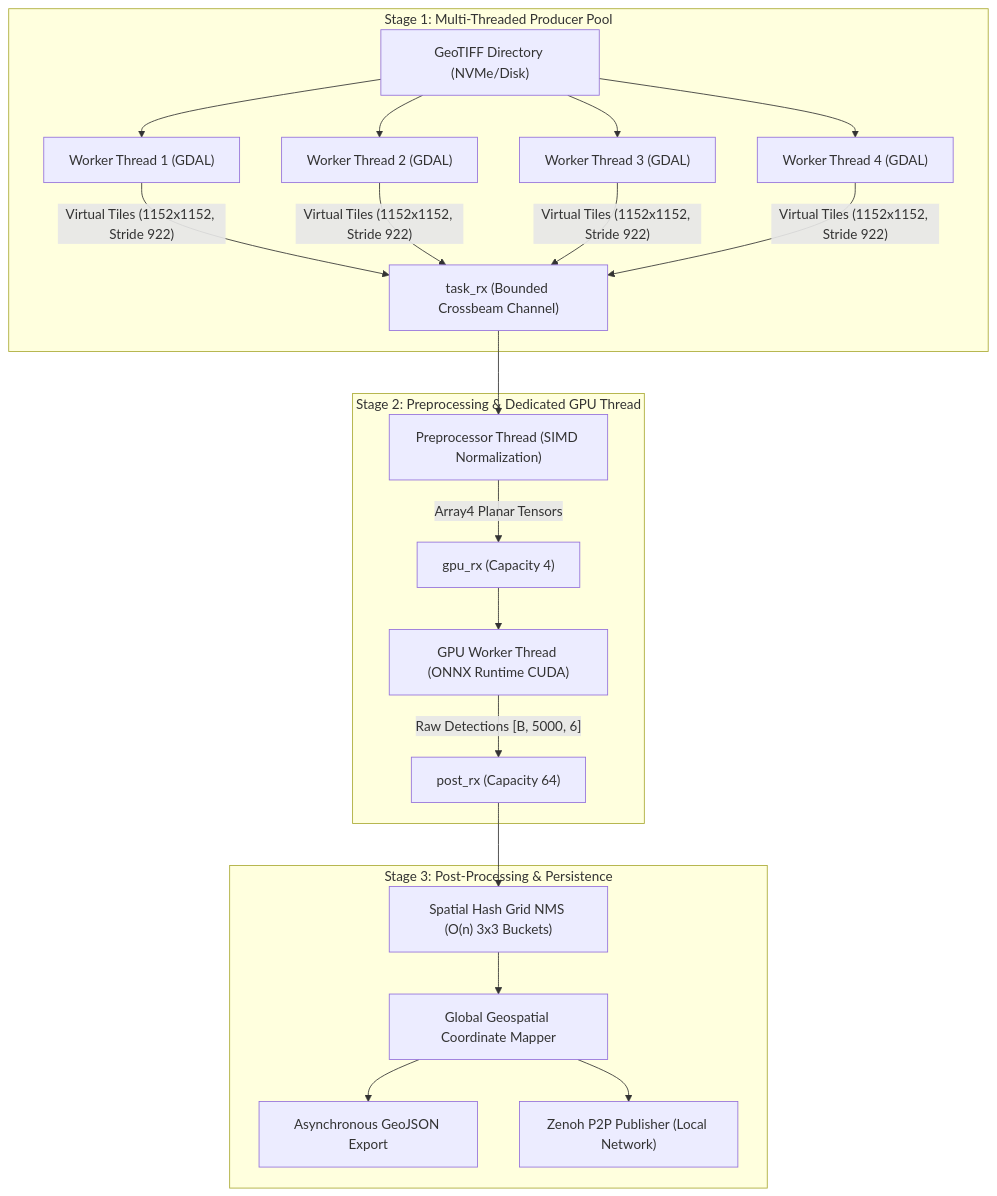
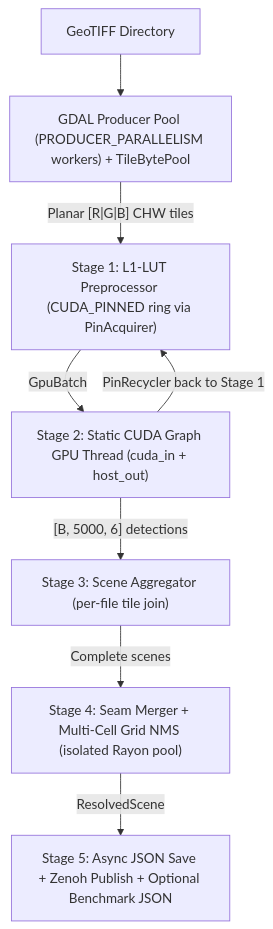
One commit to shatadalsamui/SAMDEF changed the diagram in apps_deploy/detector/README.md. Above: the diagram before and after it, drawn with Mermaid. The commit also changed other lines of this file and 40 other files, not shown here.

````diff
--- a/apps_deploy/detector/README.md
+++ b/apps_deploy/detector/README.md
@@ -52,26 +29,10 @@
 ```mermaid
 flowchart TD
-    subgraph Stage1 ["Stage 1: Multi-Threaded Producer Pool"]
-        DISK["GeoTIFF Directory (NVMe/Disk)"]
-        P1["Worker Thread 1 (GDAL)"]
-        P2["Worker Thread 2 (GDAL)"]
-        P3["Worker Thread 3 (GDAL)"]
-        P4["Worker Thread 4 (GDAL)"]
-        DISK --> P1 & P2 & P3 & P4
-        P1 & P2 & P3 & P4 -->|"Virtual Tiles (1152x1152, Stride 922)"| Q1["task_rx (Bounded Crossbeam Channel)"]
-    end
-
-    subgraph Stage2 ["Stage 2: Preprocessing & Dedicated GPU Thread"]
-        Q1 --> PRE["Preprocessor Thread (SIMD Normalization)"]
-        PRE -->|"Array4<f32> Planar Tensors"| Q2["gpu_rx (Capacity 4)"]
-        Q2 --> GPU["GPU Worker Thread (ONNX Runtime CUDA)"]
-        GPU -->|"Raw Detections [B, 5000, 6]"| Q3["post_rx (Capacity 64)"]
-    end
-
-    subgraph Stage3 ["Stage 3: Post-Processing & Persistence"]
-        Q3 --> NMS["Spatial Hash Grid NMS (O(n) 3x3 Buckets)"]
-        NMS --> COORD["Global Geospatial Coordinate Mapper"]
-        COORD --> OUT1["Asynchronous GeoJSON Export"]
-        COORD --> OUT2["Zenoh P2P Publisher (Local Network)"]
-    end
+    DISK["GeoTIFF Directory"] --> P["GDAL Producer Pool (PRODUCER_PARALLELISM workers) + TileBytePool"]
+    P -->|"Planar [R|G|B] CHW tiles"| S1["Stage 1: L1-LUT Preprocessor (CUDA_PINNED ring via PinAcquirer)"]
+    S1 -->|"GpuBatch"| S2["Stage 2: Static CUDA Graph GPU Thread (cuda_in + host_out)"]
+    S2 -->|"PinRecycler back to Stage 1"| S1
+    S2 -->|"[B, 5000, 6] detections"| S3["Stage 3: Scene Aggregator (per-file tile join)"]
+    S3 -->|"Complete scenes"| S4["Stage 4: Seam Merger + Multi-Cell Grid NMS (isolated Rayon pool)"]
+    S4 -->|"ResolvedScene"| S5["Stage 5: Async JSON Save + Zenoh Publish + Optional Benchmark JSON"]
 ```
````
